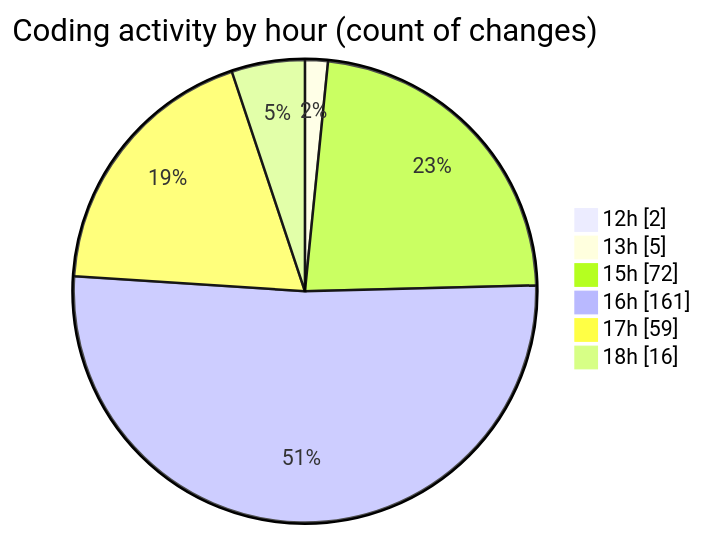
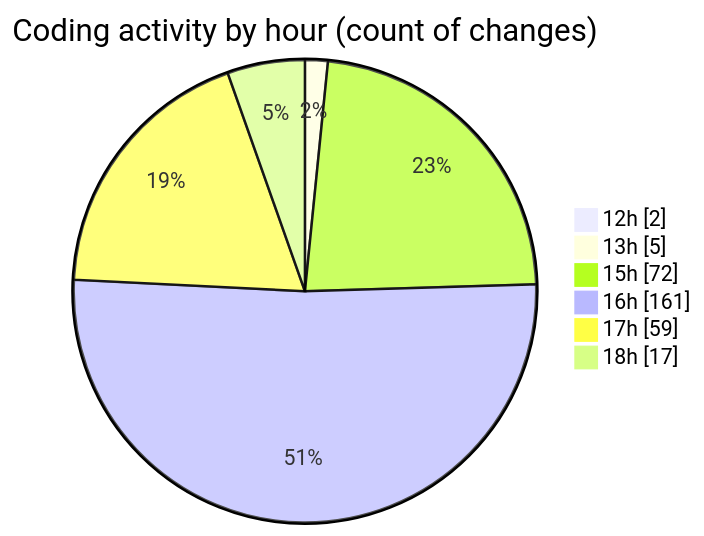
Before and after one commit to EIIisD/code-tracking: the second of 2 diagrams in 2025-07-12/fish/README.md, drawn with Mermaid. The commit also changed other lines of this file and 1 other file, not shown here.

````diff
--- a/2025-07-12/fish/README.md
+++ b/2025-07-12/fish/README.md
@@ -177,10 +177,10 @@
 ```mermaid
 pie showData
 title Coding activity by hour (count of changes)
 "12h" : 2
 "13h" : 5
 "15h" : 72
 "16h" : 161
 "17h" : 59
-"18h" : 16
+"18h" : 17
 ```
````
